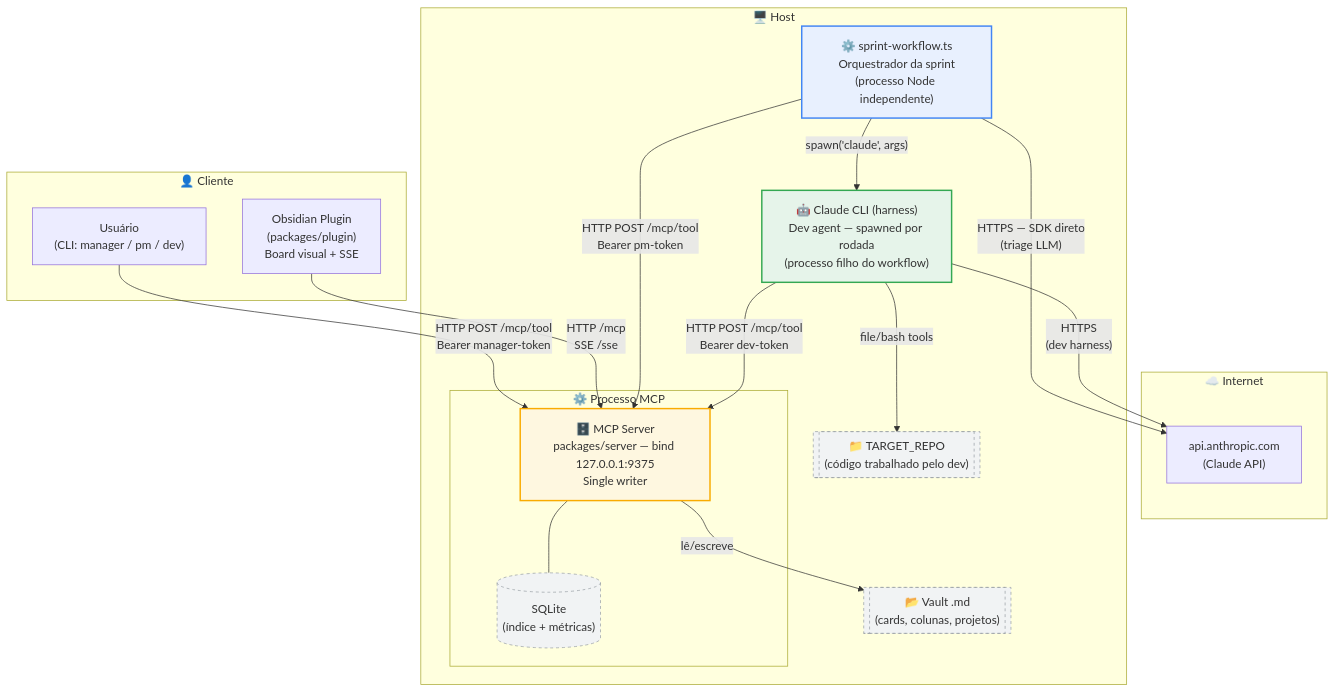
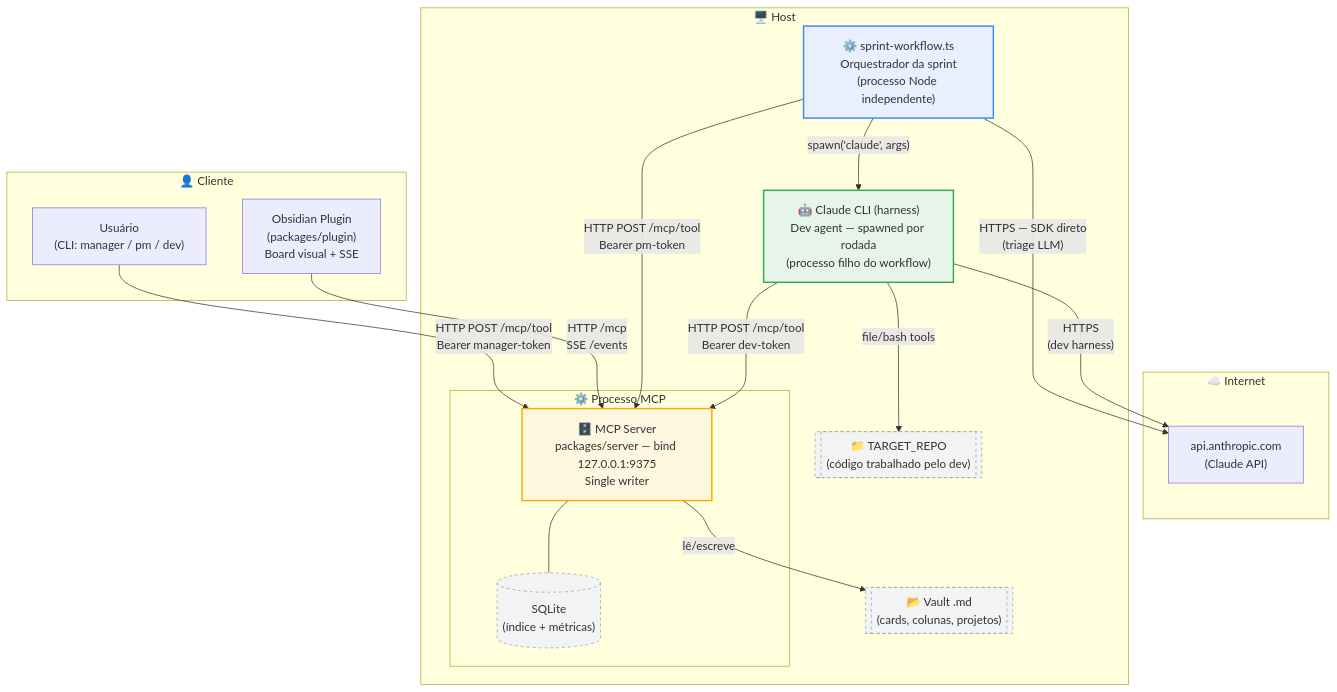
The second of 9 diagrams in docs/for-developers/architecture.md (kauelopes/obsidianban), drawn with Mermaid before and after one commit. The commit also changed 139 other files, not shown here.

````diff
--- a/docs/for-developers/architecture.md
+++ b/docs/for-developers/architecture.md
@@ -54,43 +54,43 @@
 ```mermaid
 flowchart TB
     subgraph internet["☁️ Internet"]
         CLAUDE_API["api.anthropic.com\n(Claude API)"]
     end
 
     subgraph host["🖥️ Host"]
         subgraph process_mcp["⚙️ Processo MCP"]
             SRV["🗄️ MCP Server\npackages/server — bind 127.0.0.1:9375\nSingle writer"]
             DB[("SQLite\n(índice + métricas)")]
             SRV --- DB
         end
 
         WF["⚙️ sprint-workflow.ts\nOrquestrador da sprint\n(processo Node independente)"]
         CLI["🤖 Claude CLI (harness)\nDev agent — spawned por rodada\n(processo filho do workflow)"]
         VAULT[["📂 Vault .md\n(cards, colunas, projetos)"]]
         REPO[["📁 TARGET_REPO\n(código trabalhado pelo dev)"]]
     end
 
     subgraph client["👤 Cliente"]
         OBS["Obsidian Plugin\n(packages/plugin)\nBoard visual + SSE"]
         USER["Usuário\n(CLI: manager / pm / dev)"]
     end
 
     USER -->|"HTTP POST /mcp/tool\nBearer manager-token"| SRV
-    OBS -->|"HTTP /mcp\nSSE /sse"| SRV
+    OBS -->|"HTTP /mcp\nSSE /events"| SRV
     WF -->|"HTTP POST /mcp/tool\nBearer pm-token"| SRV
     WF -->|"HTTPS — SDK direto\n(triage LLM)"| CLAUDE_API
     WF -->|"spawn('claude', args)"| CLI
     CLI -->|"HTTP POST /mcp/tool\nBearer dev-token"| SRV
     CLI -->|"HTTPS\n(dev harness)"| CLAUDE_API
     CLI -->|"file/bash tools"| REPO
     SRV -->|"lê/escreve"| VAULT
 
     classDef srv fill:#fef7e0,stroke:#f9ab00,stroke-width:2px
     classDef wf fill:#e8f0fe,stroke:#4285f4,stroke-width:2px
     classDef cli fill:#e6f4ea,stroke:#34a853,stroke-width:2px
     classDef ext fill:#f1f3f4,stroke:#9aa0a6,stroke-width:1px,stroke-dasharray:4 4
     class SRV srv
     class WF wf
     class CLI cli
     class VAULT,REPO,DB ext
 ```
````
